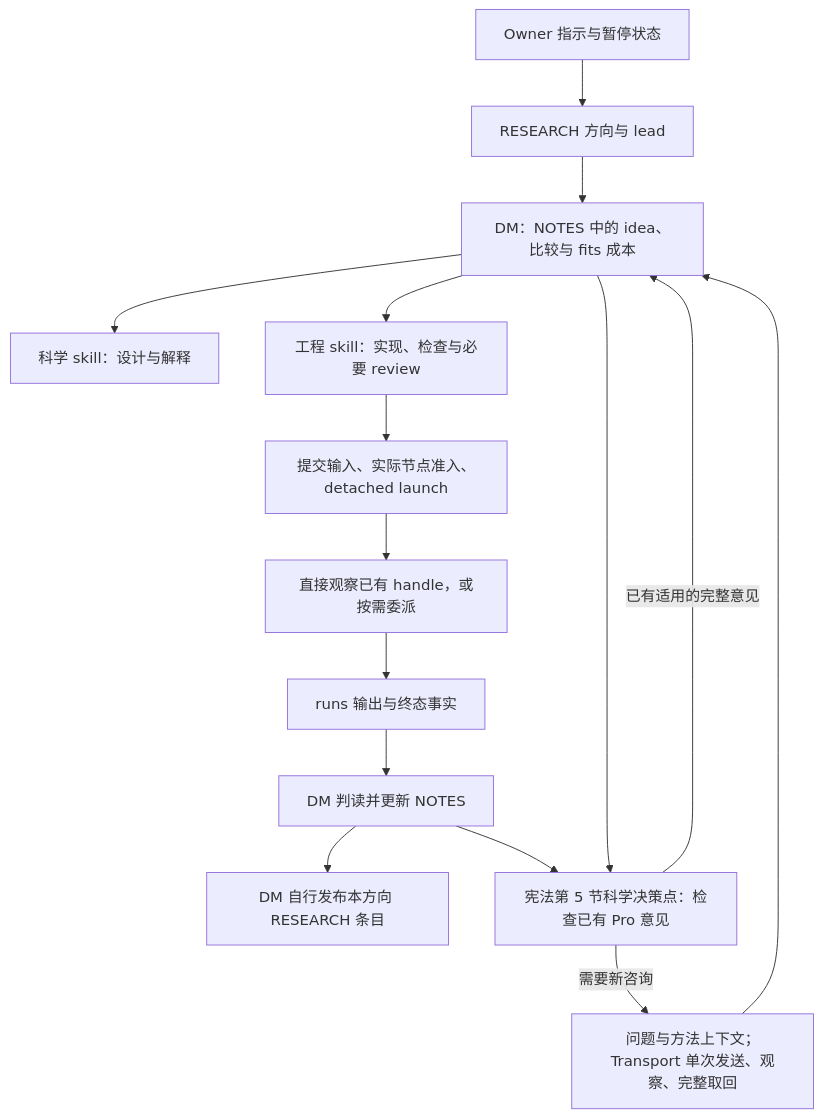
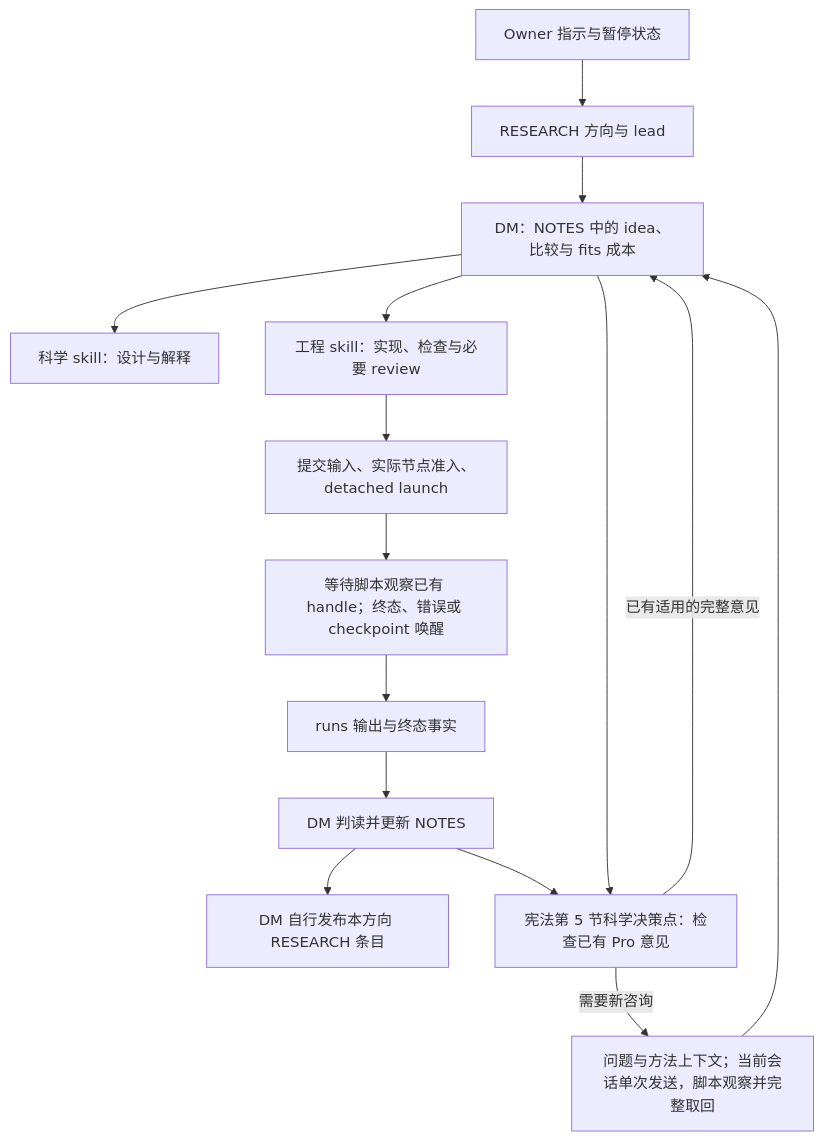
The diagram in docs/project/CONTROL_PLANE_GUIDANCE.md (CartmanFatass/My-paper-code), drawn with Mermaid before and after one commit. The commit also changed other lines of this file and 43 other files, not shown here.

````diff
--- a/docs/project/CONTROL_PLANE_GUIDANCE.md
+++ b/docs/project/CONTROL_PLANE_GUIDANCE.md
@@ -117,17 +117,17 @@
 ```mermaid
 flowchart TD
     A[Owner 指示与暂停状态] --> B[RESEARCH 方向与 lead]
     B --> C[DM：NOTES 中的 idea、比较与 fits 成本]
     C --> D[科学 skill：设计与解释]
     C --> E[工程 skill：实现、检查与必要 review]
     E --> F[提交输入、实际节点准入、detached launch]
-    F --> G[直接观察已有 handle，或按需委派]
+    F --> G[等待脚本观察已有 handle；终态、错误或 checkpoint 唤醒]
     G --> H[runs 输出与终态事实]
     H --> I[DM 判读并更新 NOTES]
     I --> J[DM 自行发布本方向 RESEARCH 条目]
     C --> K[宪法第 5 节科学决策点：检查已有 Pro 意见]
     I --> K
     K -->|已有适用的完整意见| C
-    K -->|需要新咨询| L[问题与方法上下文；Transport 单次发送、观察、完整取回]
+    K -->|需要新咨询| L[问题与方法上下文；当前会话单次发送，脚本观察并完整取回]
     L --> C
 ```
````
